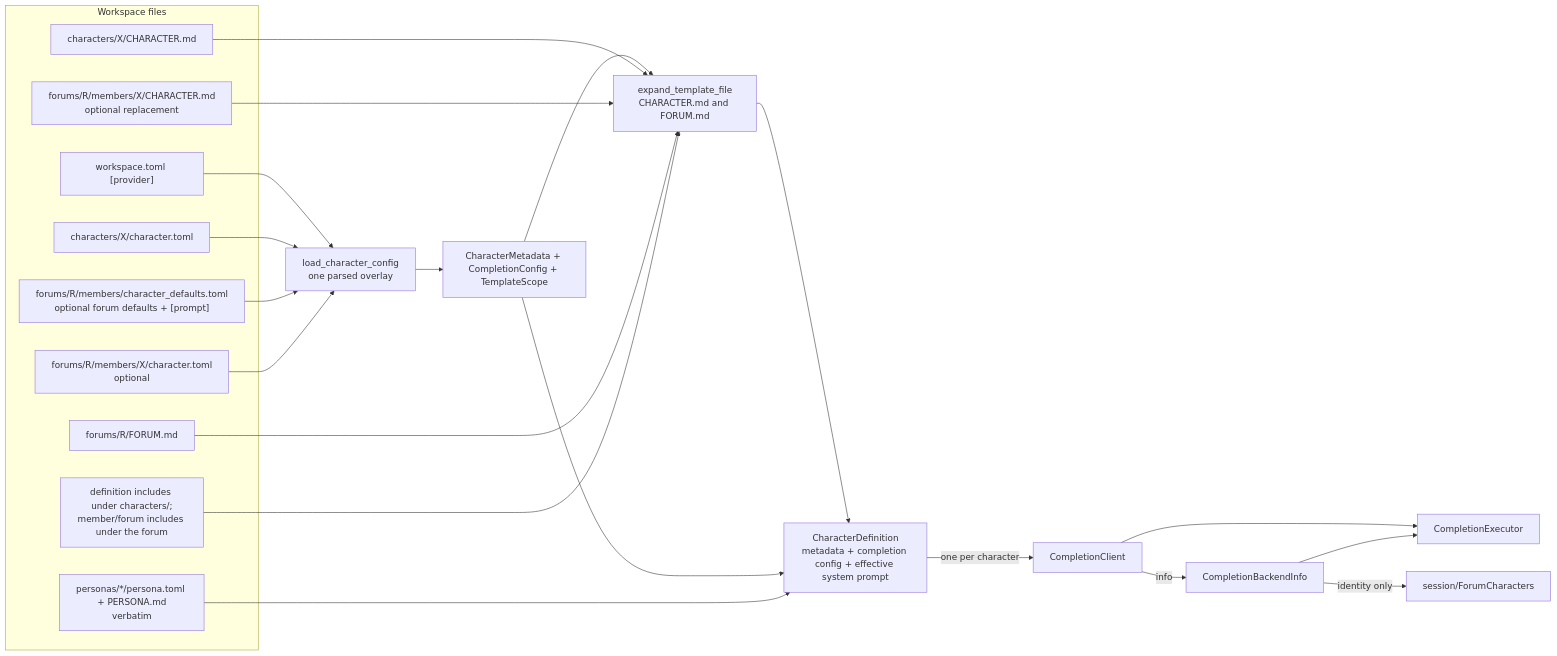
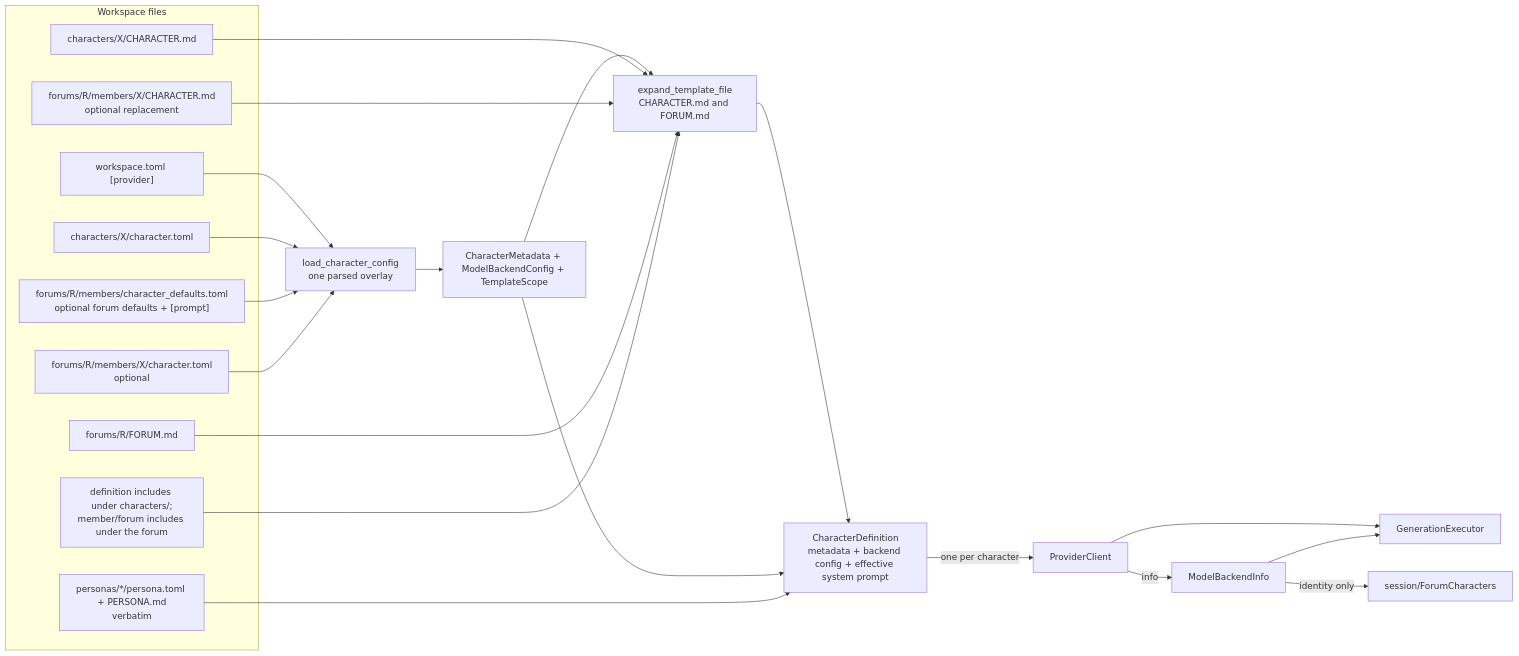
The first of 4 diagrams in src/agents/README.md (michaelpopov/cha), drawn with Mermaid before and after one commit. The commit also changed other lines of this file and 62 other files, not shown here.

````diff
--- a/src/agents/README.md
+++ b/src/agents/README.md
@@ -26,33 +26,33 @@
 ```mermaid
 flowchart LR
     subgraph disk["Workspace files"]
         app_cfg["workspace.toml [provider]"]
         definition_cfg["characters/X/character.toml"]
         definition_prompt["characters/X/CHARACTER.md"]
         base["forums/R/members/character_defaults.toml<br/>optional forum defaults + [prompt]"]
         member_cfg["forums/R/members/X/character.toml<br/>optional"]
         member_prompt["forums/R/members/X/CHARACTER.md<br/>optional replacement"]
         usr["forums/R/FORUM.md"]
         roster["personas/*/persona.toml + PERSONA.md<br/>verbatim"]
         shared["definition includes under characters/;<br/>member/forum includes under the forum"]
     end
 
     app_cfg --> load["load_character_config<br/>one parsed overlay"]
     definition_cfg --> load
     base --> load
     member_cfg --> load
-    load --> conf["CharacterMetadata + CompletionConfig + TemplateScope"]
+    load --> conf["CharacterMetadata + ModelBackendConfig + TemplateScope"]
     conf --> expand["expand_template_file<br/>CHARACTER.md and FORUM.md"]
     definition_prompt --> expand
     member_prompt --> expand
     usr --> expand
     shared --> expand
-    expand --> def["CharacterDefinition<br/>metadata + completion config + effective system prompt"]
+    expand --> def["CharacterDefinition<br/>metadata + backend config + effective system prompt"]
     conf --> def
     roster --> def
-    def -->|"one per character"| client["CompletionClient"]
-    client --> executor["CompletionExecutor"]
-    client -->|"info"| runtime["CompletionBackendInfo"]
+    def -->|"one per character"| client["ProviderClient"]
+    client --> executor["GenerationExecutor"]
+    client -->|"info"| runtime["ModelBackendInfo"]
     runtime --> executor
     runtime -->|"identity only"| characters["session/ForumCharacters"]
 ```
````
